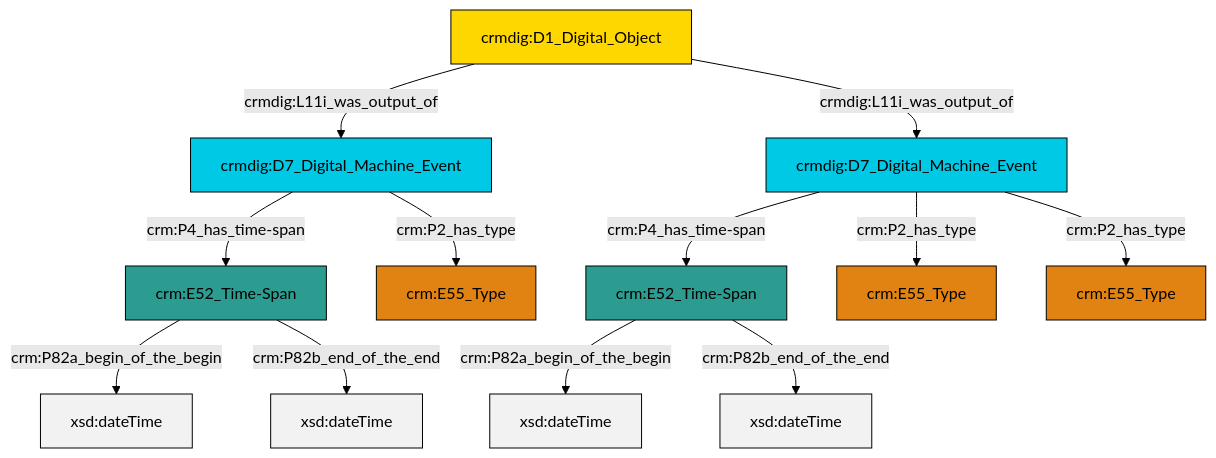
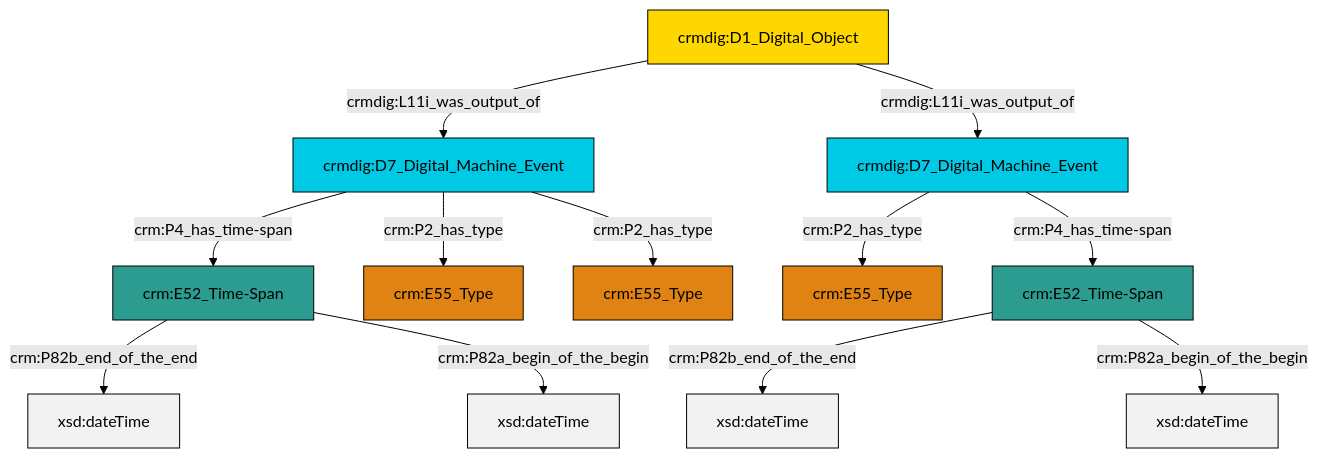
Before and after one commit to swiss-art-research-net/docs.swissartresearch: the diagram in et/doCSV/ttl/mmd/do_existence.ttl.mmd, drawn with Mermaid (forest theme). The commit also changed 183 other files, not shown here.

```diff
--- a/et/doCSV/ttl/mmd/do_existence.ttl.mmd
+++ b/et/doCSV/ttl/mmd/do_existence.ttl.mmd
@@ -1,26 +1,26 @@
 graph TD
 classDef Literal fill:#f2f2f2,stroke:#000000;
 classDef CRM_Entity fill:#FFFFFF,stroke:#000000;
 classDef Temporal_Entity fill:#00C9E6, stroke:#000000;
 classDef Type fill:#E18312, stroke:#000000;
 classDef Time-Span fill:#2C9C91, stroke:#000000;
 classDef Appellation fill:#FFEB7F, stroke:#000000;
 classDef Place fill:#008836, stroke:#000000;
 classDef Persistent_Item fill:#B266B2, stroke:#000000;
 classDef Conceptual_Object fill:#FFD700, stroke:#000000;
 classDef Physical_Thing fill:#D2B48C, stroke:#000000;
 classDef Actor fill:#f58aad, stroke:#000000;
 classDef PC_Classes fill:#4ce600, stroke:#000000;
 classDef Multi fill:#cccccc,stroke:#000000;
 
-2["crmdig:D1_Digital_Object"]:::Conceptual_Object -->|crmdig:L11i_was_output_of| 3["crmdig:D7_Digital_Machine_Event"]:::Temporal_Entity
-4["crmdig:D7_Digital_Machine_Event"]:::Temporal_Entity -->|crm:P4_has_time-span| 5["crm:E52_Time-Span"]:::Time-Span
-3["crmdig:D7_Digital_Machine_Event"]:::Temporal_Entity -->|crm:P4_has_time-span| 8["crm:E52_Time-Span"]:::Time-Span
-4["crmdig:D7_Digital_Machine_Event"]:::Temporal_Entity -->|crm:P2_has_type| 6["crm:E55_Type"]:::Type
-2["crmdig:D1_Digital_Object"]:::Conceptual_Object -->|crmdig:L11i_was_output_of| 4["crmdig:D7_Digital_Machine_Event"]:::Temporal_Entity
-5["crm:E52_Time-Span"]:::Time-Span -->|crm:P82a_begin_of_the_begin| 14[xsd:dateTime]:::Literal
-5["crm:E52_Time-Span"]:::Time-Span -->|crm:P82b_end_of_the_end| 16[xsd:dateTime]:::Literal
-3["crmdig:D7_Digital_Machine_Event"]:::Temporal_Entity -->|crm:P2_has_type| 17["crm:E55_Type"]:::Type
-8["crm:E52_Time-Span"]:::Time-Span -->|crm:P82a_begin_of_the_begin| 20[xsd:dateTime]:::Literal
-8["crm:E52_Time-Span"]:::Time-Span -->|crm:P82b_end_of_the_end| 22[xsd:dateTime]:::Literal
-4["crmdig:D7_Digital_Machine_Event"]:::Temporal_Entity -->|crm:P2_has_type| 0["crm:E55_Type"]:::Type
+0["crmdig:D7_Digital_Machine_Event"]:::Temporal_Entity -->|crm:P4_has_time-span| 1["crm:E52_Time-Span"]:::Time-Span
+6["crm:E52_Time-Span"]:::Time-Span -->|crm:P82b_end_of_the_end| 7[xsd:dateTime]:::Literal
+9["crmdig:D7_Digital_Machine_Event"]:::Temporal_Entity -->|crm:P2_has_type| 2["crm:E55_Type"]:::Type
+0["crmdig:D7_Digital_Machine_Event"]:::Temporal_Entity -->|crm:P2_has_type| 12["crm:E55_Type"]:::Type
+9["crmdig:D7_Digital_Machine_Event"]:::Temporal_Entity -->|crm:P4_has_time-span| 6["crm:E52_Time-Span"]:::Time-Span
+4["crmdig:D1_Digital_Object"]:::Conceptual_Object -->|crmdig:L11i_was_output_of| 0["crmdig:D7_Digital_Machine_Event"]:::Temporal_Entity
+1["crm:E52_Time-Span"]:::Time-Span -->|crm:P82b_end_of_the_end| 15[xsd:dateTime]:::Literal
+4["crmdig:D1_Digital_Object"]:::Conceptual_Object -->|crmdig:L11i_was_output_of| 9["crmdig:D7_Digital_Machine_Event"]:::Temporal_Entity
+0["crmdig:D7_Digital_Machine_Event"]:::Temporal_Entity -->|crm:P2_has_type| 10["crm:E55_Type"]:::Type
+1["crm:E52_Time-Span"]:::Time-Span -->|crm:P82a_begin_of_the_begin| 19[xsd:dateTime]:::Literal
+6["crm:E52_Time-Span"]:::Time-Span -->|crm:P82a_begin_of_the_begin| 21[xsd:dateTime]:::Literal
```
